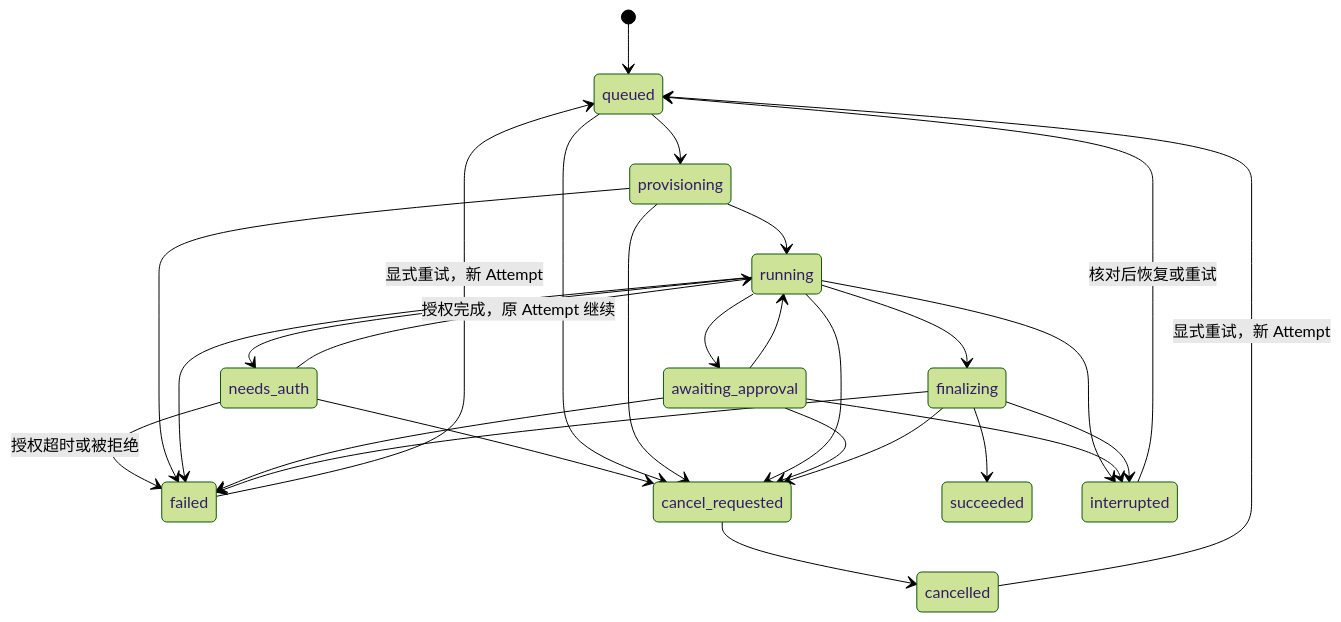
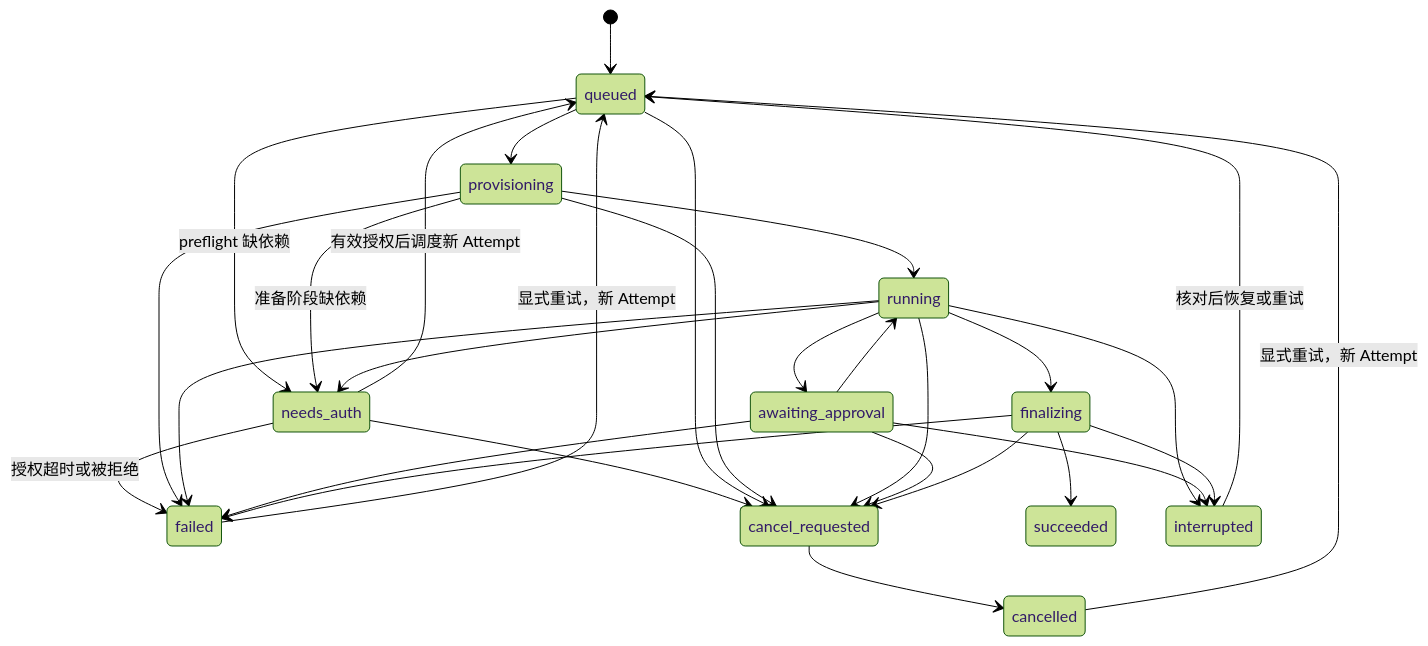
One commit to abystra/WorkX changed the diagram in docs/API-AND-EVENTS.md. Above: the diagram before and after it, drawn with Mermaid (forest theme). The commit also changed other lines of this file and 32 other files, not shown here.

First line of the commit message:
Implement workspace SaaS prototype and unify credential architecture

````diff
--- a/docs/API-AND-EVENTS.md
+++ b/docs/API-AND-EVENTS.md
@@ -96,30 +103,32 @@
 ```mermaid
 stateDiagram-v2
   [*] --> queued
+  queued --> needs_auth: preflight 缺依赖
   queued --> provisioning
+  provisioning --> needs_auth: 准备阶段缺依赖
   provisioning --> running
   running --> awaiting_approval
   awaiting_approval --> running
   running --> needs_auth
-  needs_auth --> running: 授权完成，原 Attempt 继续
+  needs_auth --> queued: 有效授权后调度新 Attempt
   needs_auth --> failed: 授权超时或被拒绝
   needs_auth --> cancel_requested
   running --> finalizing
   finalizing --> succeeded
   queued --> cancel_requested
   provisioning --> cancel_requested
   running --> cancel_requested
   awaiting_approval --> cancel_requested
   finalizing --> cancel_requested
   cancel_requested --> cancelled
   provisioning --> failed
   running --> failed
   awaiting_approval --> failed
   finalizing --> failed
   running --> interrupted
   awaiting_approval --> interrupted
   finalizing --> interrupted
   failed --> queued: 显式重试，新 Attempt
   interrupted --> queued: 核对后恢复或重试
   cancelled --> queued: 显式重试，新 Attempt
 ```
````
